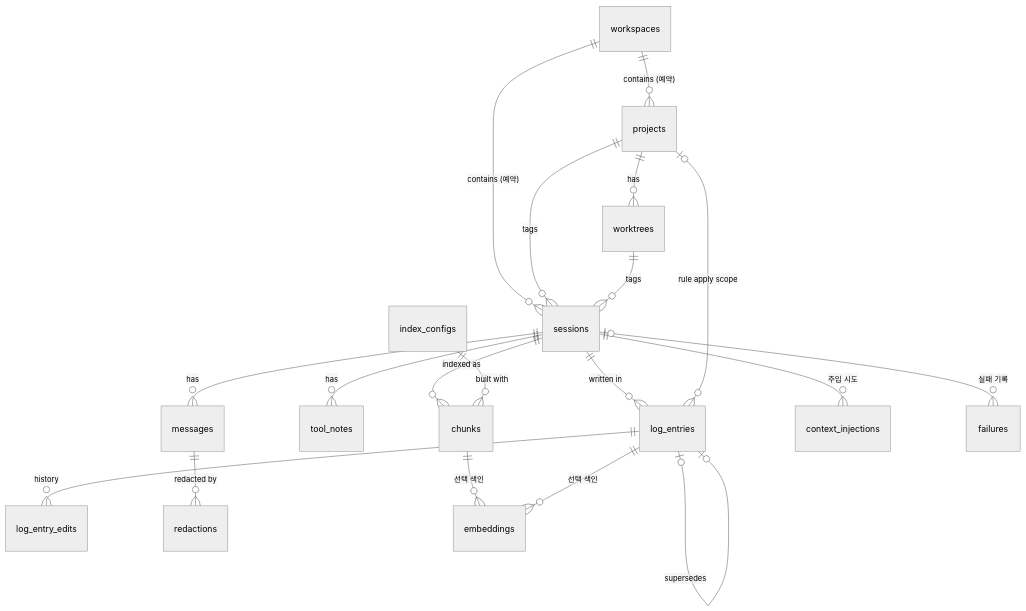
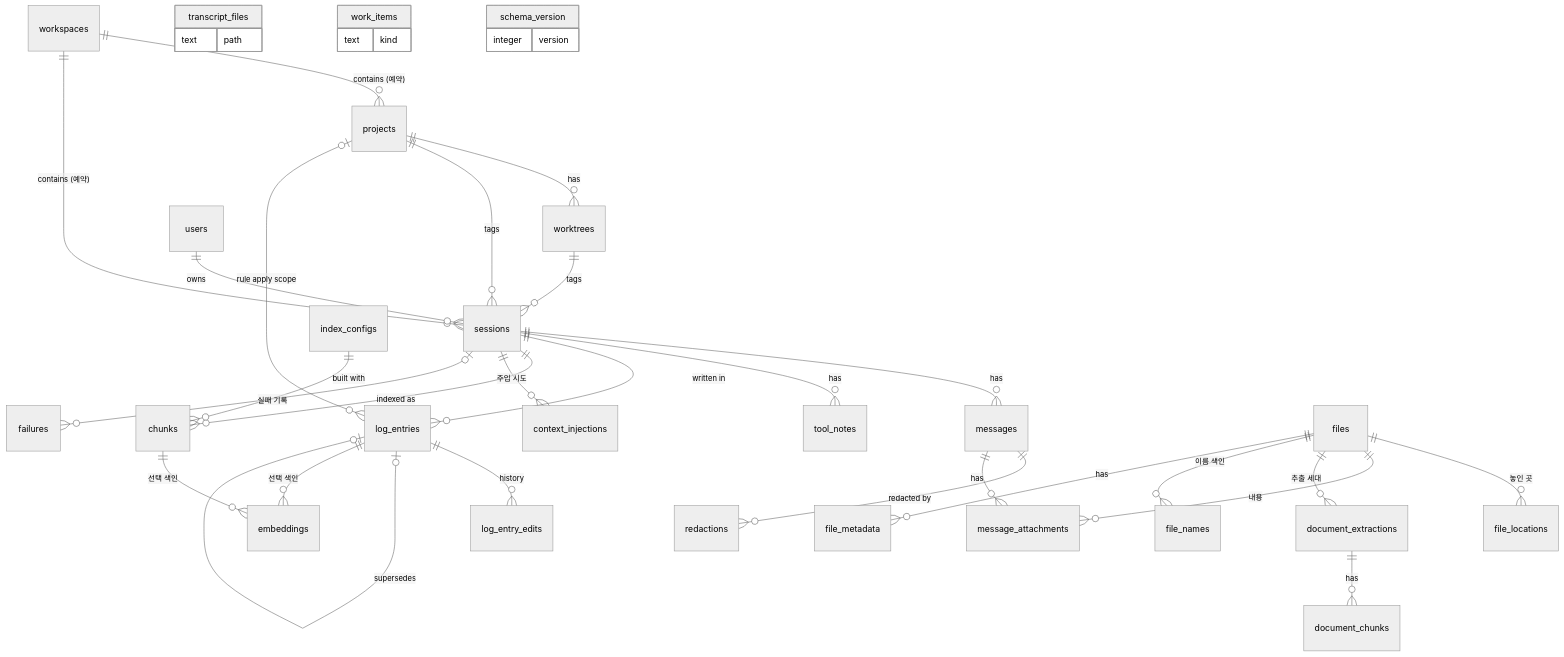
The third of 4 diagrams in _bmad-output/personal-brain/architecture-brain-v1-slice-1/architecture-brain-v1-slice-1.md (gmae199boy/second-brain), drawn with Mermaid (neutral theme) before and after one commit. The commit also changed other lines of this file and 22 other files, not shown here.

First line of the commit message:
docs: change for a users table and the verified external-review gaps — namespaces by target, retry by error class, failures keyed like work_items, opt-in auto update

````diff
--- a/_bmad-output/personal-brain/architecture-brain-v1-slice-1/architecture-brain-v1-slice-1.md
+++ b/_bmad-output/personal-brain/architecture-brain-v1-slice-1/architecture-brain-v1-slice-1.md
@@ -413,21 +431,32 @@
 ```mermaid
 erDiagram
   workspaces ||--o{ projects : "contains (예약)"
   workspaces ||--o{ sessions : "contains (예약)"
   projects ||--o{ worktrees : has
   projects ||--o{ sessions : tags
   worktrees ||--o{ sessions : tags
   sessions ||--o{ messages : has
   sessions ||--o{ tool_notes : has
   sessions ||--o{ log_entries : "written in"
   log_entries ||--o{ log_entry_edits : history
   log_entries |o--o| log_entries : supersedes
   projects |o--o{ log_entries : "rule apply scope"
   messages ||--o{ redactions : "redacted by"
   sessions ||--o{ chunks : "indexed as"
   index_configs ||--o{ chunks : "built with"
   chunks ||--o{ embeddings : "선택 색인"
   log_entries ||--o{ embeddings : "선택 색인"
   sessions ||--o{ context_injections : "주입 시도"
   sessions |o--o{ failures : "실패 기록"
+  users ||--o{ sessions : owns
+  files ||--o{ file_locations : "놓인 곳"
+  messages ||--o{ message_attachments : has
+  files ||--o{ message_attachments : "내용"
+  files ||--o{ document_extractions : "추출 세대"
+  document_extractions ||--o{ document_chunks : has
+  files ||--o{ file_names : "이름 색인"
+  files ||--o{ file_metadata : has
+  transcript_files { text path }
+  work_items { text kind }
+  schema_version { integer version }
 ```
````
